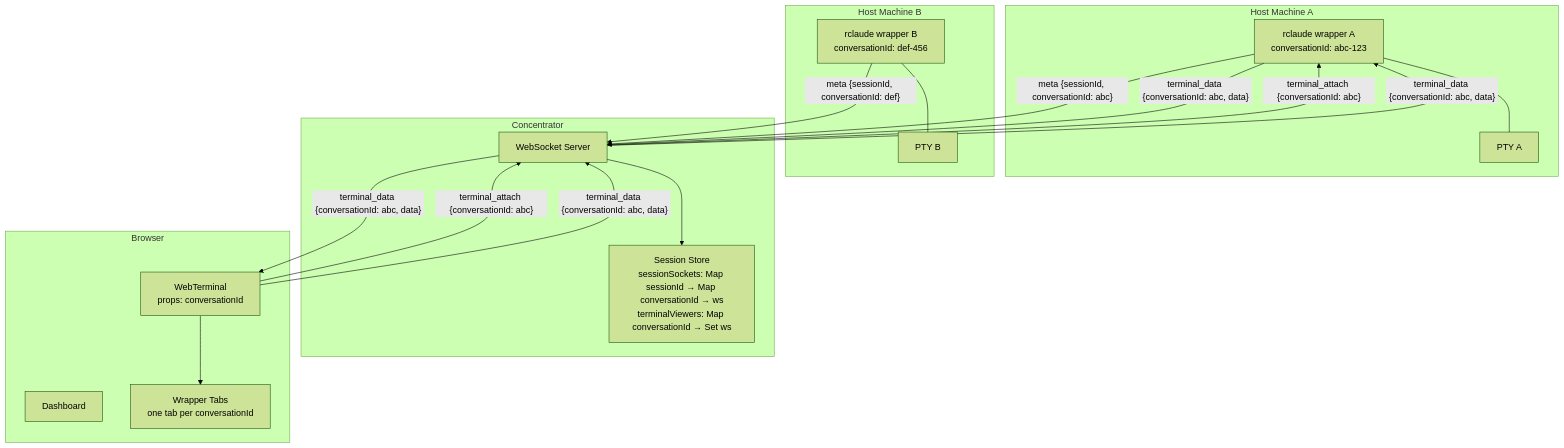
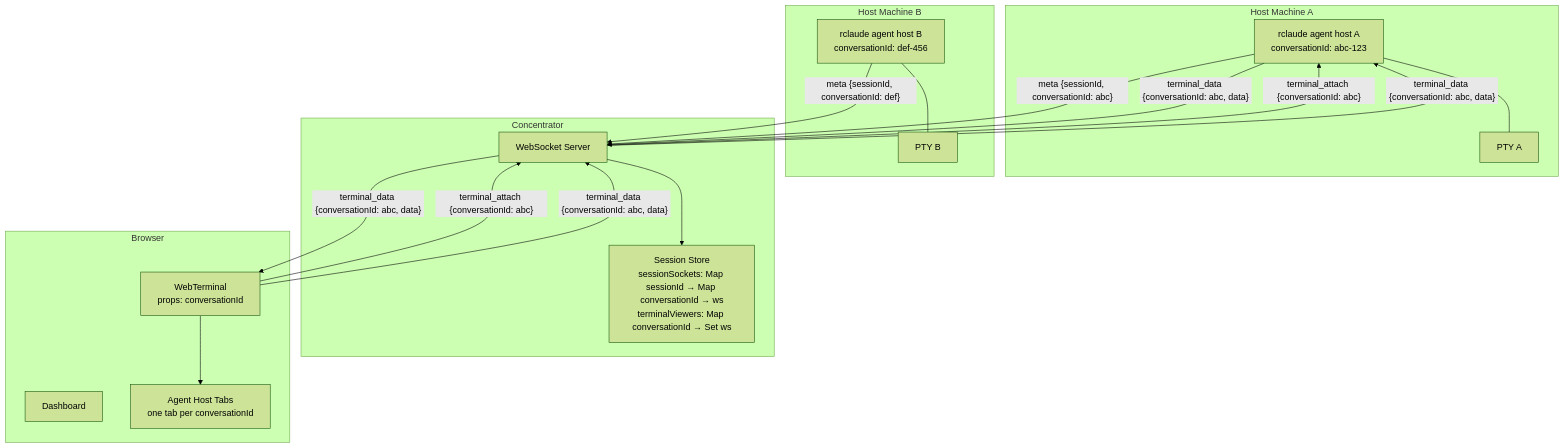
One commit to claudification/claudewerk changed the first of 5 diagrams in FLOW.md. Above: the diagram before and after it, drawn with Mermaid (forest theme). The commit also changed other lines of this file and 19 other files, not shown here.

First line of the commit message:
docs: catch up to v1.0.0 vocabulary -- wrapper -> agent host everywhere

````diff
--- a/FLOW.md
+++ b/FLOW.md
@@ -15,37 +15,37 @@
 ```mermaid
 graph TD
     subgraph "Host Machine A"
-        WA[rclaude wrapper A<br/>conversationId: abc-123]
+        WA[rclaude agent host A<br/>conversationId: abc-123]
         PTYA[PTY A]
         WA --- PTYA
     end
 
     subgraph "Host Machine B"
-        WB[rclaude wrapper B<br/>conversationId: def-456]
+        WB[rclaude agent host B<br/>conversationId: def-456]
         PTYB[PTY B]
         WB --- PTYB
     end
 
     subgraph "Concentrator"
         SS[Session Store<br/>sessionSockets: Map sessionId → Map conversationId → ws<br/>terminalViewers: Map conversationId → Set ws]
         WS[WebSocket Server]
         WS --> SS
     end
 
     subgraph "Browser"
         DASH[Dashboard]
         TERM[WebTerminal<br/>props: conversationId]
-        TABS[Wrapper Tabs<br/>one tab per conversationId]
+        TABS[Agent Host Tabs<br/>one tab per conversationId]
         TERM --> TABS
     end
 
     WA -->|"meta {sessionId, conversationId: abc}"| WS
     WB -->|"meta {sessionId, conversationId: def}"| WS
 
     TERM -->|"terminal_attach {conversationId: abc}"| WS
     WS -->|"terminal_attach {conversationId: abc}"| WA
     WA -->|"terminal_data {conversationId: abc, data}"| WS
     WS -->|"terminal_data {conversationId: abc, data}"| TERM
     TERM -->|"terminal_data {conversationId: abc, data}"| WS
     WS -->|"terminal_data {conversationId: abc, data}"| WA
 ```
````
